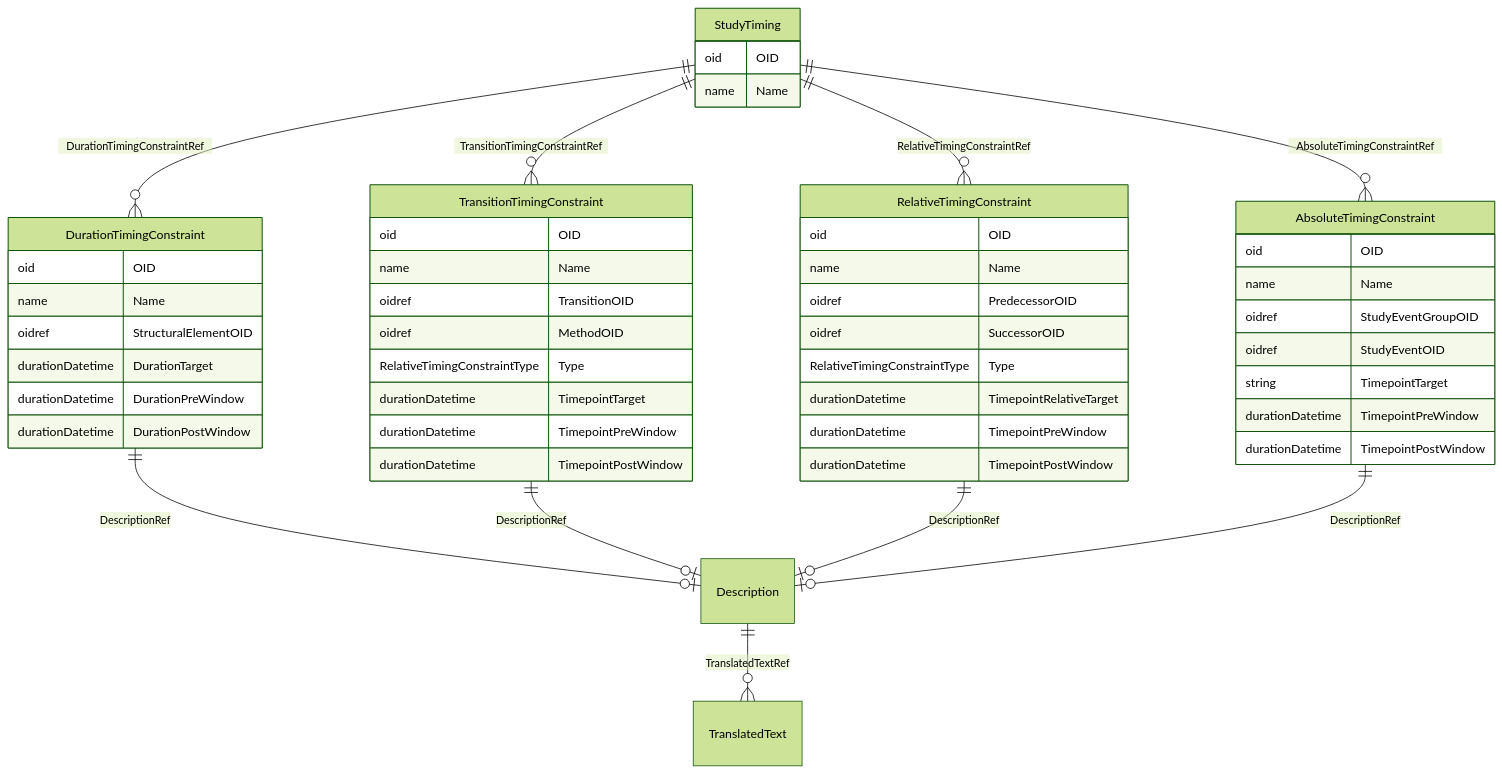
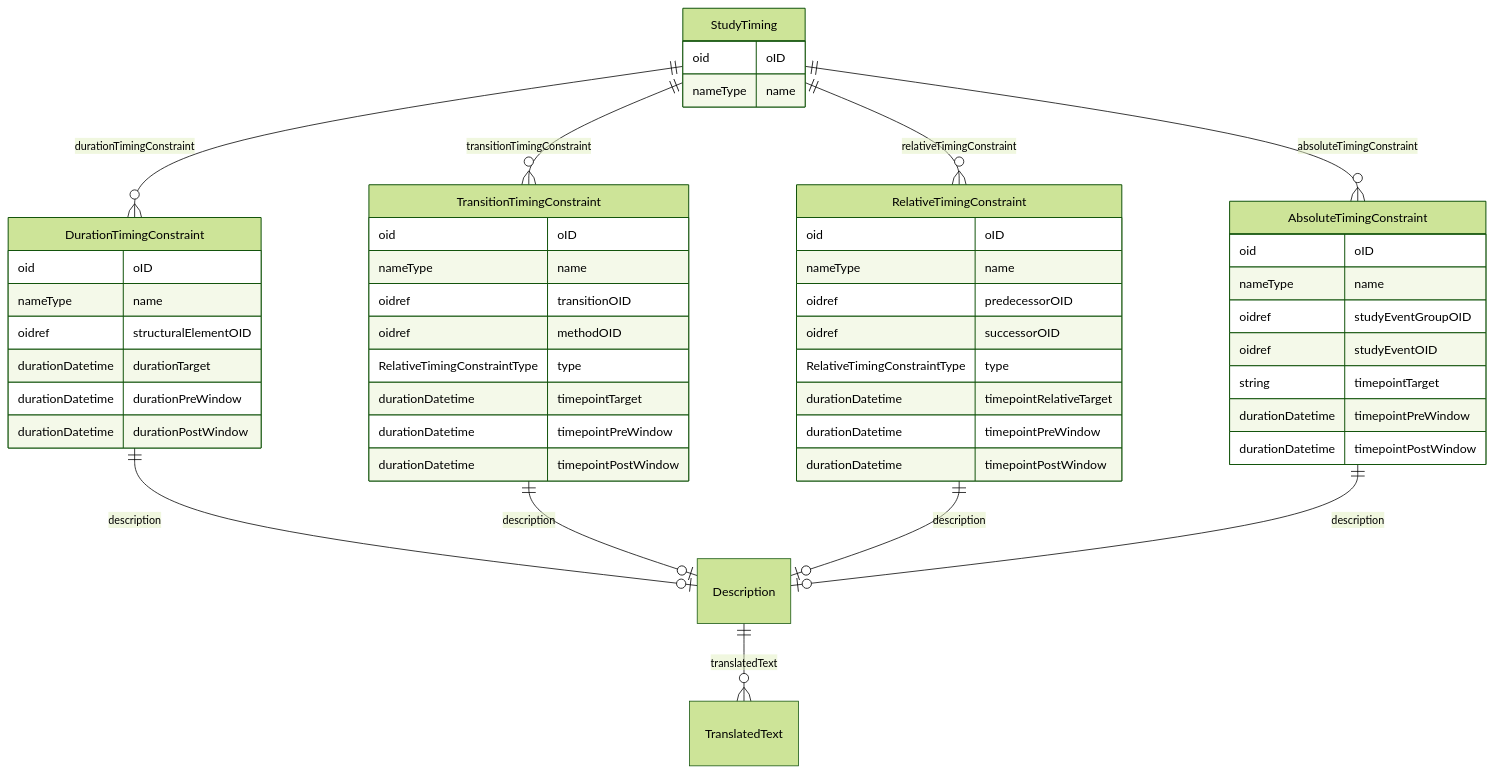
The diagram in docs/StudyTiming.md (cdisc-org/DataExchange-ODM-LinkML), drawn with Mermaid (forest theme) before and after one commit. The commit also changed other lines of this file and 759 other files, not shown here.

````diff
--- a/docs/StudyTiming.md
+++ b/docs/StudyTiming.md
@@ -11,58 +11,58 @@
 ```mermaid
 erDiagram
 StudyTiming {
-    oid OID  
-    name Name  
+    oid oID  
+    nameType name  
 }
 DurationTimingConstraint {
-    oid OID  
-    name Name  
-    oidref StructuralElementOID  
-    durationDatetime DurationTarget  
-    durationDatetime DurationPreWindow  
-    durationDatetime DurationPostWindow  
+    oid oID  
+    nameType name  
+    oidref structuralElementOID  
+    durationDatetime durationTarget  
+    durationDatetime durationPreWindow  
+    durationDatetime durationPostWindow  
 }
 Description {
 
 }
 TransitionTimingConstraint {
-    oid OID  
-    name Name  
-    oidref TransitionOID  
-    oidref MethodOID  
-    RelativeTimingConstraintType Type  
-    durationDatetime TimepointTarget  
-    durationDatetime TimepointPreWindow  
-    durationDatetime TimepointPostWindow  
+    oid oID  
+    nameType name  
+    oidref transitionOID  
+    oidref methodOID  
+    RelativeTimingConstraintType type  
+    durationDatetime timepointTarget  
+    durationDatetime timepointPreWindow  
+    durationDatetime timepointPostWindow  
 }
 RelativeTimingConstraint {
-    oid OID  
-    name Name  
-    oidref PredecessorOID  
-    oidref SuccessorOID  
-    RelativeTimingConstraintType Type  
-    durationDatetime TimepointRelativeTarget  
-    durationDatetime TimepointPreWindow  
-    durationDatetime TimepointPostWindow  
+    oid oID  
+    nameType name  
+    oidref predecessorOID  
+    oidref successorOID  
+    RelativeTimingConstraintType type  
+    durationDatetime timepointRelativeTarget  
+    durationDatetime timepointPreWindow  
+    durationDatetime timepointPostWindow  
 }
 AbsoluteTimingConstraint {
-    oid OID  
-    name Name  
-    oidref StudyEventGroupOID  
-    oidref StudyEventOID  
-    string TimepointTarget  
-    durationDatetime TimepointPreWindow  
-    durationDatetime TimepointPostWindow  
+    oid oID  
+    nameType name  
+    oidref studyEventGroupOID  
+    oidref studyEventOID  
+    string timepointTarget  
+    durationDatetime timepointPreWindow  
+    durationDatetime timepointPostWindow  
 }
 
-StudyTiming ||--}o AbsoluteTimingConstraint : "AbsoluteTimingConstraintRef"
-StudyTiming ||--}o RelativeTimingConstraint : "RelativeTimingConstraintRef"
-StudyTiming ||--}o TransitionTimingConstraint : "TransitionTimingConstraintRef"
-StudyTiming ||--}o DurationTimingConstraint : "DurationTimingConstraintRef"
-DurationTimingConstraint ||--|o Description : "DescriptionRef"
-Description ||--}o TranslatedText : "TranslatedTextRef"
-TransitionTimingConstraint ||--|o Description : "DescriptionRef"
-RelativeTimingConstraint ||--|o Description : "DescriptionRef"
-AbsoluteTimingConstraint ||--|o Description : "DescriptionRef"
+StudyTiming ||--}o AbsoluteTimingConstraint : "absoluteTimingConstraint"
+StudyTiming ||--}o RelativeTimingConstraint : "relativeTimingConstraint"
+StudyTiming ||--}o TransitionTimingConstraint : "transitionTimingConstraint"
+StudyTiming ||--}o DurationTimingConstraint : "durationTimingConstraint"
+DurationTimingConstraint ||--|o Description : "description"
+Description ||--}o TranslatedText : "translatedText"
+TransitionTimingConstraint ||--|o Description : "description"
+RelativeTimingConstraint ||--|o Description : "description"
+AbsoluteTimingConstraint ||--|o Description : "description"
 
 ```
````
